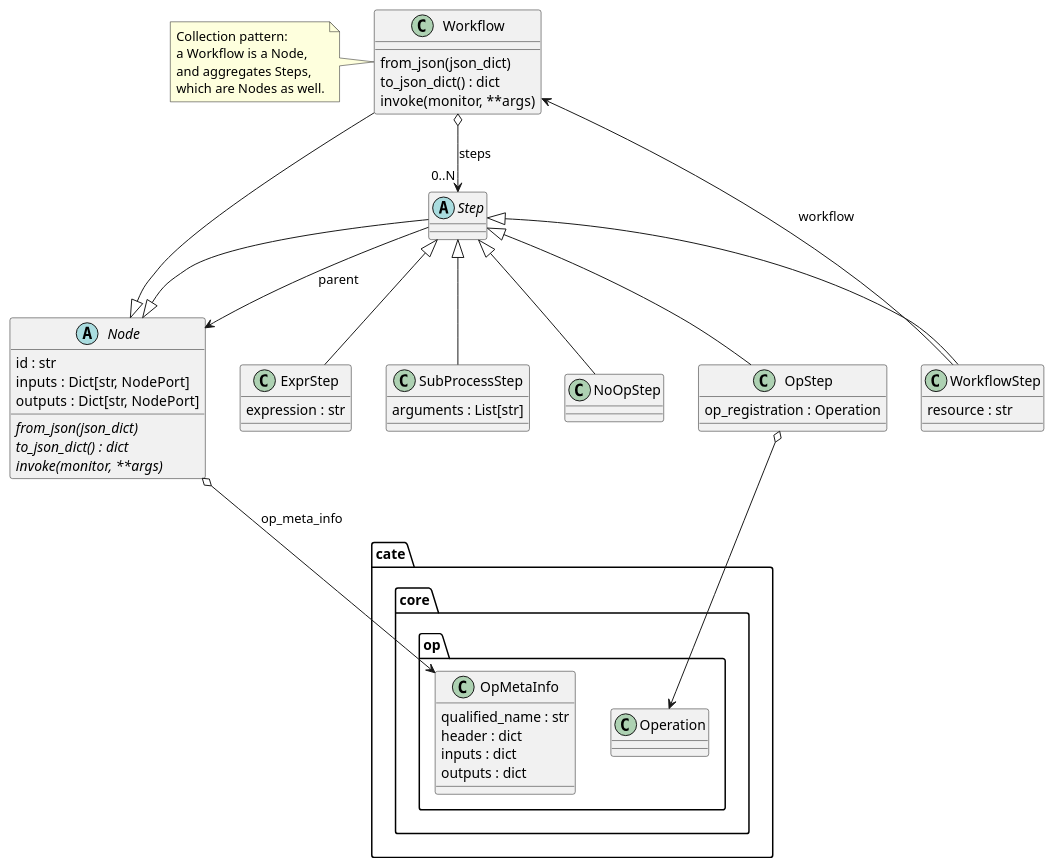
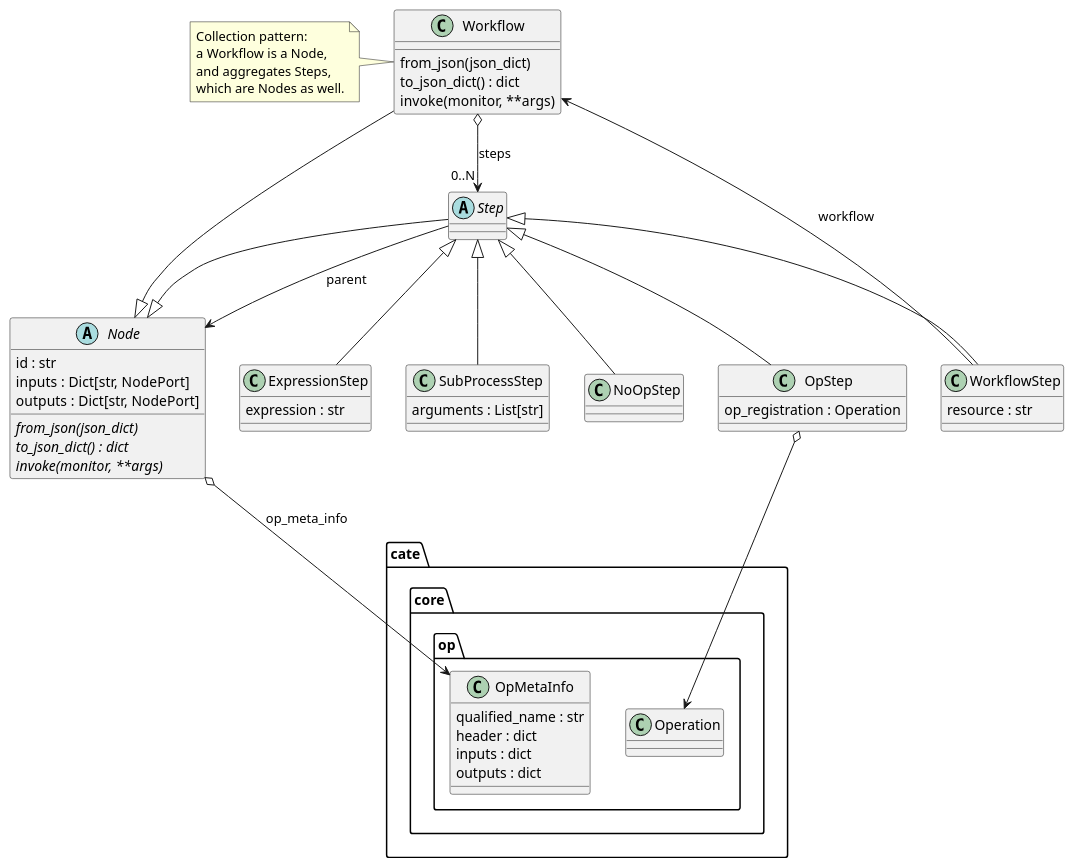
One commit to CCI-Tools/cate changed the diagram in doc/source/uml/workflow.puml. Above: the diagram before and after it, drawn with PlantUML. The commit also changed 4 other files, not shown here.

Commit message:
ExprStep is now ExpressionStep

```diff
--- a/doc/source/uml/workflow.puml
+++ b/doc/source/uml/workflow.puml
@@ -1,61 +1,61 @@
 @startuml
 
 abstract Node {
     id : str
     inputs : Dict[str, NodePort]
     outputs : Dict[str, NodePort]
     {abstract} from_json(json_dict)
     {abstract} to_json_dict() : dict
     {abstract} invoke(monitor, **args)
 }
 
 class Workflow extends Node {
     from_json(json_dict)
     to_json_dict() : dict
     invoke(monitor, **args)
 }
 
 abstract class Step extends Node {
 }
 
 class WorkflowStep extends Step {
     resource : str
 }
 
 class OpStep extends Step {
     op_registration : Operation
 }
 
-class ExprStep extends Step {
+class ExpressionStep extends Step {
     expression : str
 }
 
 class SubProcessStep extends Step {
     arguments : List[str]
 }
 
 class NoOpStep extends Step {
 }
 
 class cate.core.op.OpMetaInfo {
     qualified_name : str
     header : dict
     inputs : dict
     outputs : dict
 }
 
 WorkflowStep --> Workflow: workflow
 OpStep o--> cate.core.op.Operation
 Node o--> cate.core.op.OpMetaInfo: op_meta_info
 Workflow o--> "0..N" Step: steps
 Step --> Node : parent
 
 
 note left of Workflow
 Collection pattern:
 a Workflow is a Node,
 and aggregates Steps,
 which are Nodes as well.
 end note
 
 @enduml
```
